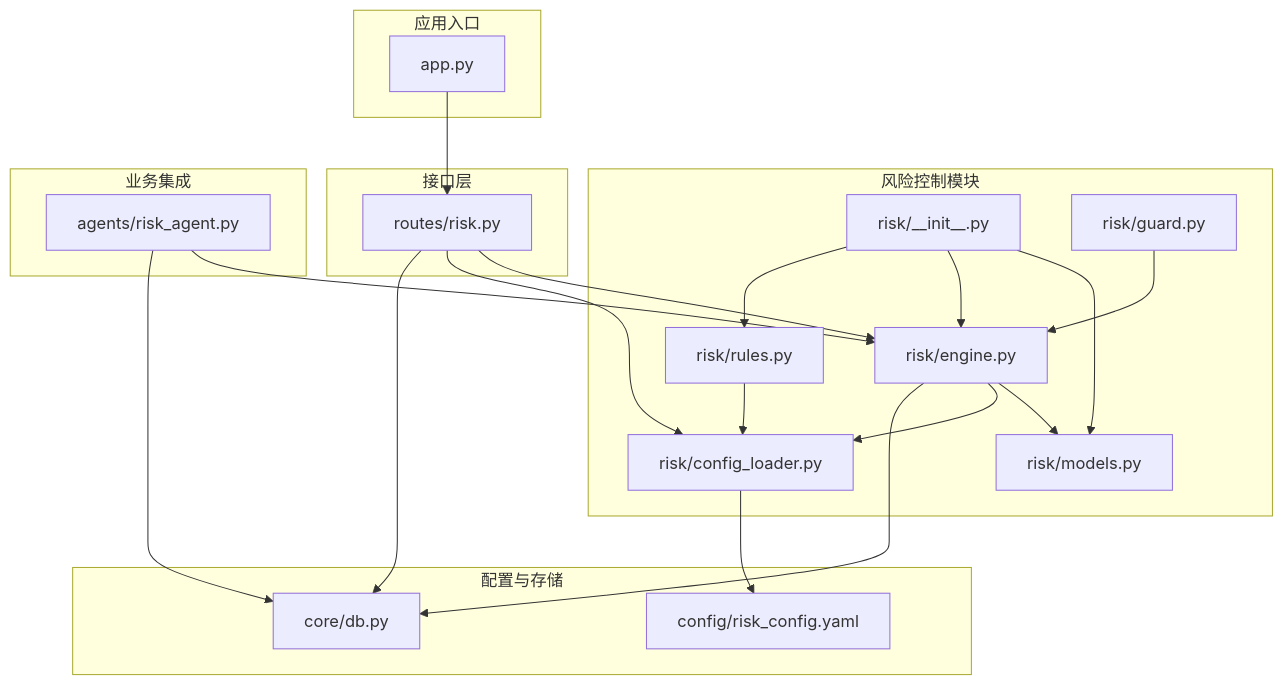
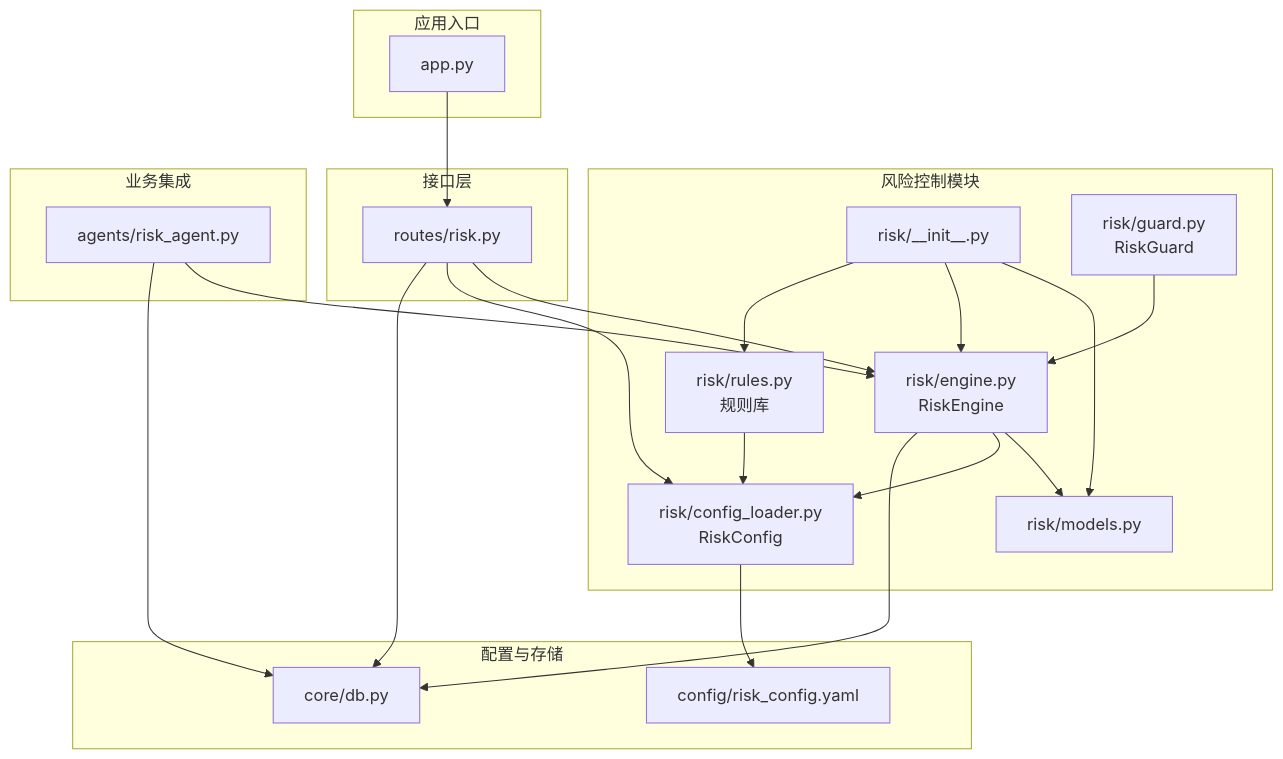
The first of 8 diagrams in .qoder/repowiki/zh/content/核心模块/风险控制系统/风险控制系统.md (Magicer2024/AIQuant), drawn with Mermaid before and after one commit. The commit also changed other lines of this file and 62 other files, not shown here.

First line of the commit message:
refactor: migrate modules to 六部 ministries architecture

````diff
--- a/.qoder/repowiki/zh/content/核心模块/风险控制系统/风险控制系统.md
+++ b/.qoder/repowiki/zh/content/核心模块/风险控制系统/风险控制系统.md
@@ -36,39 +45,39 @@
 ```mermaid
 graph TB
 subgraph "风险控制模块"
 RInit["risk/__init__.py"]
 RModels["risk/models.py"]
-REngine["risk/engine.py"]
-RGuard["risk/guard.py"]
-RRules["risk/rules.py"]
-RConfig["risk/config_loader.py"]
+REngine["risk/engine.py<br/>RiskEngine"]
+RGuard["risk/guard.py<br/>RiskGuard"]
+RRules["risk/rules.py<br/>规则库"]
+RConfig["risk/config_loader.py<br/>RiskConfig"]
 end
 subgraph "接口层"
 RoutesRisk["routes/risk.py"]
 end
 subgraph "配置与存储"
 Cfg["config/risk_config.yaml"]
 DB["core/db.py"]
 end
 subgraph "应用入口"
 App["app.py"]
 end
 subgraph "业务集成"
 AgentRisk["agents/risk_agent.py"]
 end
 RInit --> RModels
 RInit --> REngine
 RInit --> RRules
 REngine --> RModels
 REngine --> RConfig
 RGuard --> REngine
 RRules --> RConfig
 RoutesRisk --> REngine
 RoutesRisk --> RConfig
 RoutesRisk --> DB
 App --> RoutesRisk
 AgentRisk --> REngine
 AgentRisk --> DB
 RConfig --> Cfg
 REngine --> DB
 ```
````
